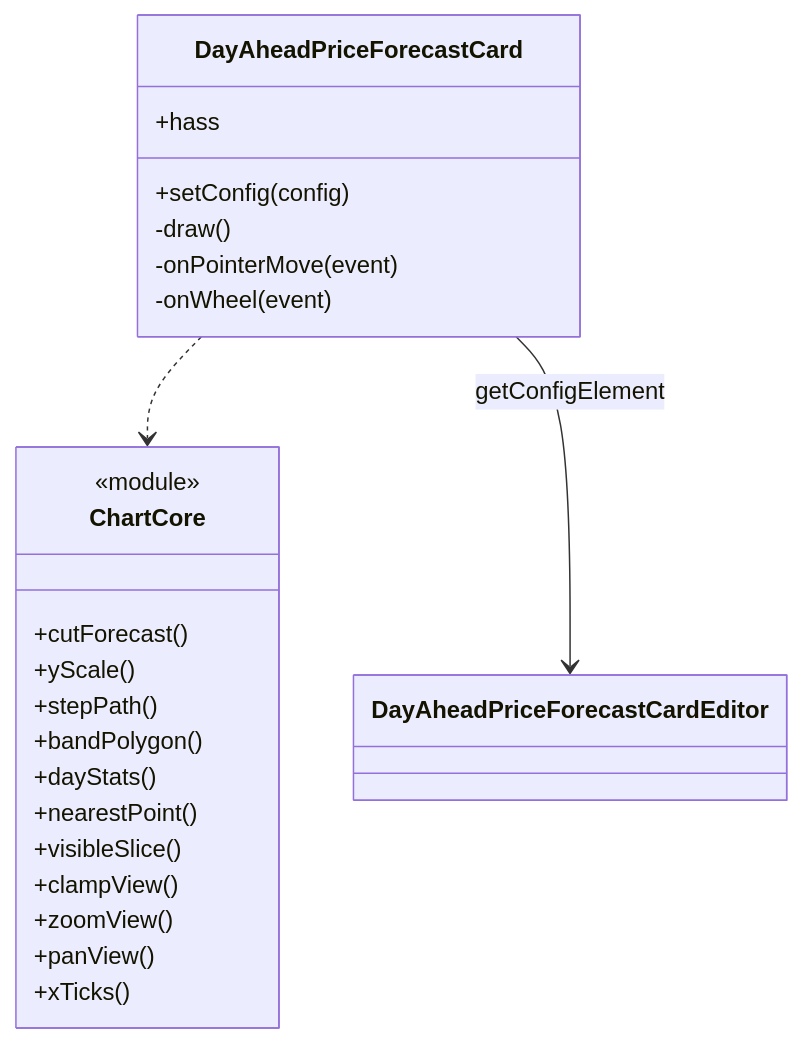
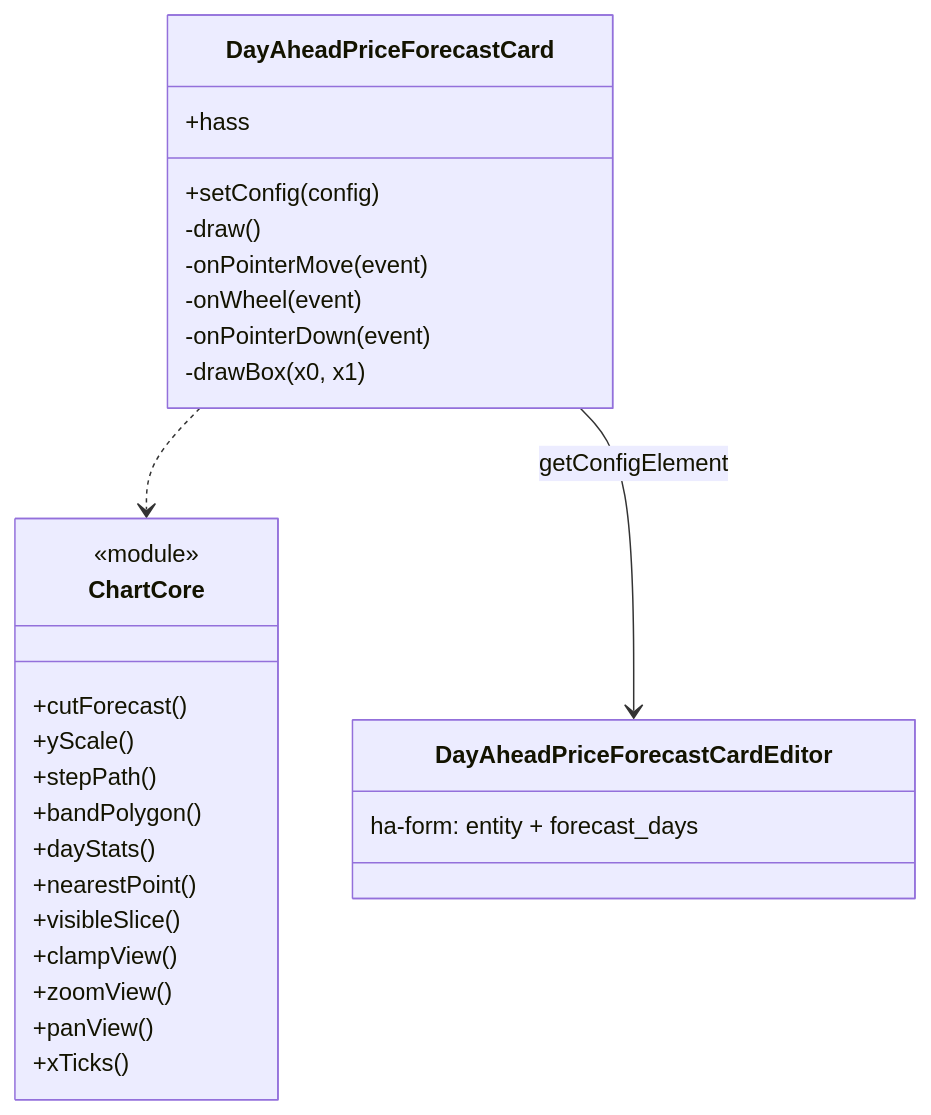
Before and after one commit to abroeders/7day-ahead-price-forecast: the fourth of 5 diagrams in docs/architecture.md, drawn with Mermaid. The commit also changed other lines of this file and 7 other files, not shown here.

First line of the commit message:
feat(card): zoom with a drawn box, fix mouse drag and the forecast days field (#11)

````diff
--- a/docs/architecture.md
+++ b/docs/architecture.md
@@ -150,27 +150,31 @@
 ```mermaid
 classDiagram
   class DayAheadPriceForecastCard {
     +setConfig(config)
     +hass
     -draw()
     -onPointerMove(event)
     -onWheel(event)
+    -onPointerDown(event)
+    -drawBox(x0, x1)
   }
-  class DayAheadPriceForecastCardEditor
+  class DayAheadPriceForecastCardEditor {
+    ha-form: entity + forecast_days
+  }
   class ChartCore {
     <<module>>
     +cutForecast()
     +yScale()
     +stepPath()
     +bandPolygon()
     +dayStats()
     +nearestPoint()
     +visibleSlice()
     +clampView()
     +zoomView()
     +panView()
     +xTicks()
   }
   DayAheadPriceForecastCard ..> ChartCore
   DayAheadPriceForecastCard --> DayAheadPriceForecastCardEditor : getConfigElement
 ```
````
